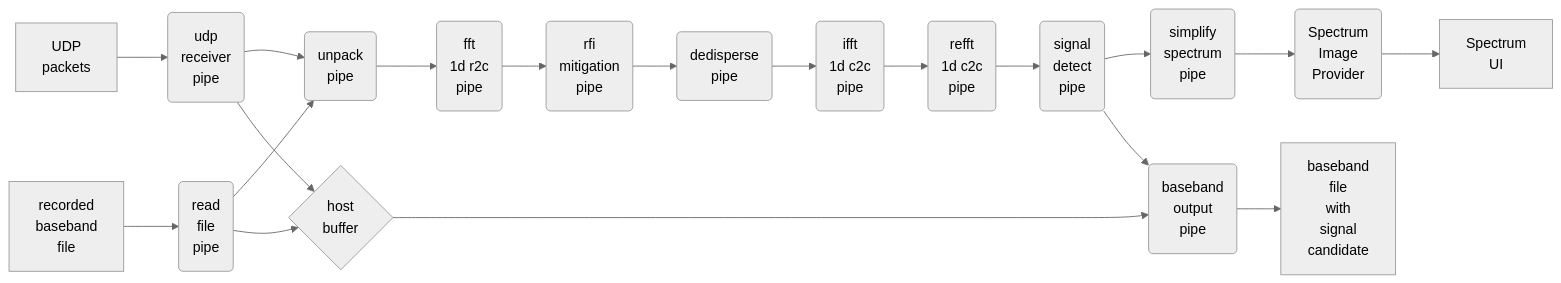
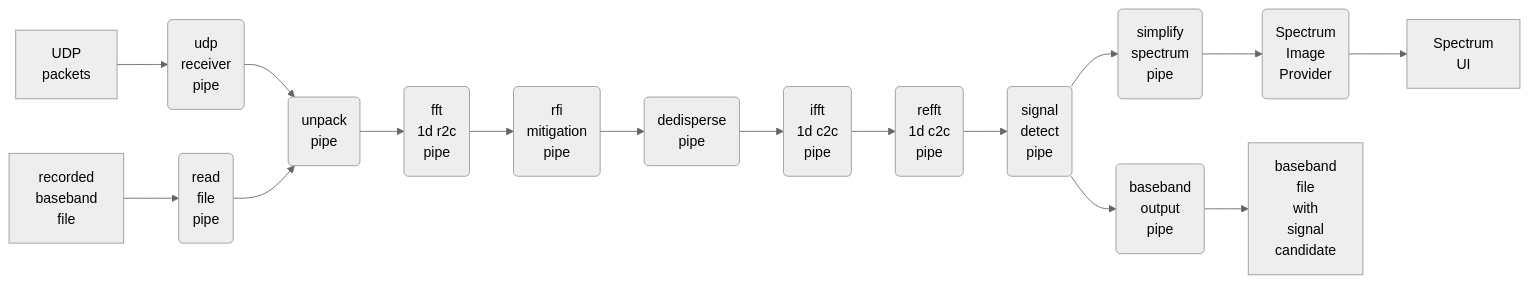
One commit to fxzjshm/simple-radio-telescope-backend changed the diagram in README.md. Above: the diagram before and after it, drawn with Mermaid (neutral theme). The commit also changed 11 other files, not shown here.

````diff
--- a/README.md
+++ b/README.md
@@ -185,32 +185,27 @@
 ```mermaid
 graph LR;
   UDP_packets[UDP <br/> packets];
   recorded_baseband_file[recorded <br/> baseband <br/> file];
   udp_receiver_pipe(udp <br/> receiver <br/> pipe);
   read_file_pipe(read <br/> file <br/> pipe);
-  host_buffer{host <br/> buffer};
   unpack_pipe(unpack <br/> pipe);
   fft_1d_r2c_pipe(fft <br/> 1d r2c <br/> pipe);
   rfi_mitigation_pipe(rfi <br/> mitigation <br/> pipe);
   dedisperse_pipe(dedisperse <br/> pipe);
   ifft_1d_c2c_pipe(ifft <br/> 1d c2c <br/> pipe);
   refft_1d_c2c_pipe(refft <br/> 1d c2c <br/> pipe);
   signal_detect_pipe(signal <br/> detect <br/> pipe);
   baseband_output_pipe(baseband <br/> output <br/> pipe);
   simplify_spectrum_pipe(simplify <br/> spectrum <br/> pipe);
   SpectrumImageProvider(Spectrum <br/> Image <br/> Provider);
   baseband_file_with_signal_candidate[baseband <br/> file <br/> with <br/> signal <br/> candidate]
   spectrum_ui[Spectrum <br/> UI]
 
   UDP_packets --> udp_receiver_pipe --> unpack_pipe;
   recorded_baseband_file --> read_file_pipe --> unpack_pipe;
-  udp_receiver_pipe --> host_buffer;
-  read_file_pipe --> host_buffer;
-  host_buffer --> baseband_output_pipe
-  unpack_pipe --> fft_1d_r2c_pipe --> rfi_mitigation_pipe --> dedisperse_pipe --> ifft_1d_c2c_pipe --> refft_1d_c2c_pipe;
-  refft_1d_c2c_pipe --> signal_detect_pipe;
+  unpack_pipe --> fft_1d_r2c_pipe --> rfi_mitigation_pipe --> dedisperse_pipe --> ifft_1d_c2c_pipe --> refft_1d_c2c_pipe --> signal_detect_pipe;
   signal_detect_pipe --> simplify_spectrum_pipe;
   signal_detect_pipe --> baseband_output_pipe;
   baseband_output_pipe --> baseband_file_with_signal_candidate
   simplify_spectrum_pipe --> SpectrumImageProvider --> spectrum_ui
 ```
````
